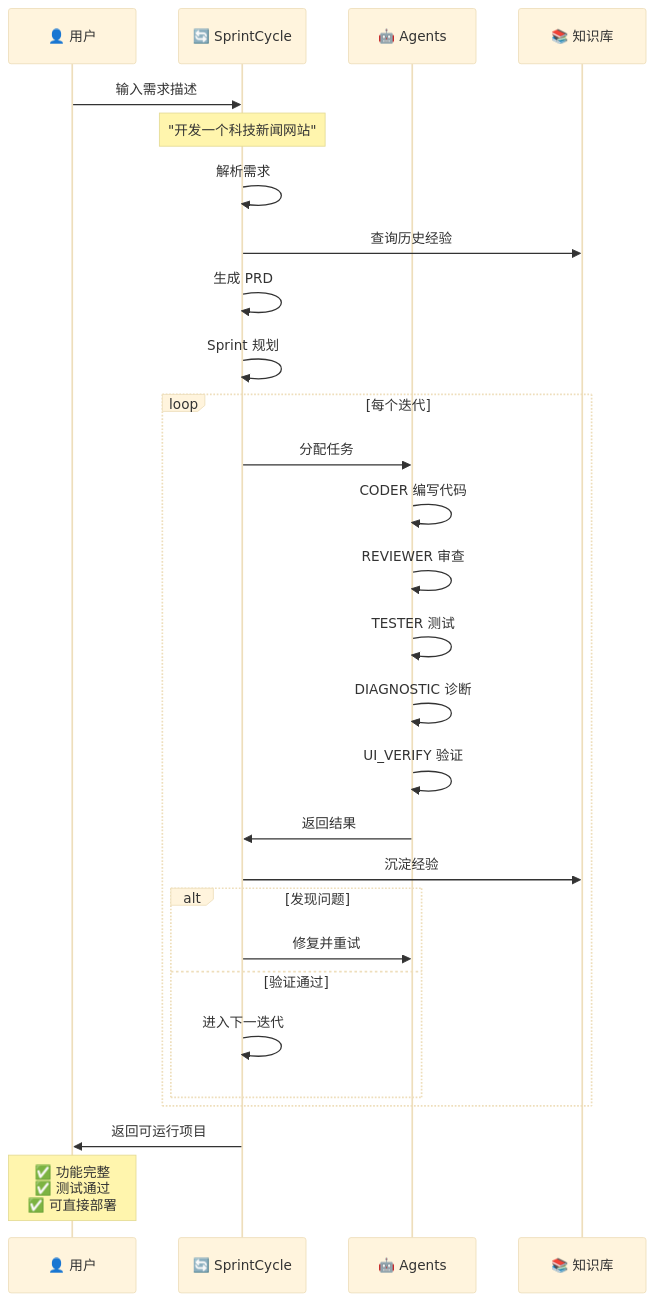
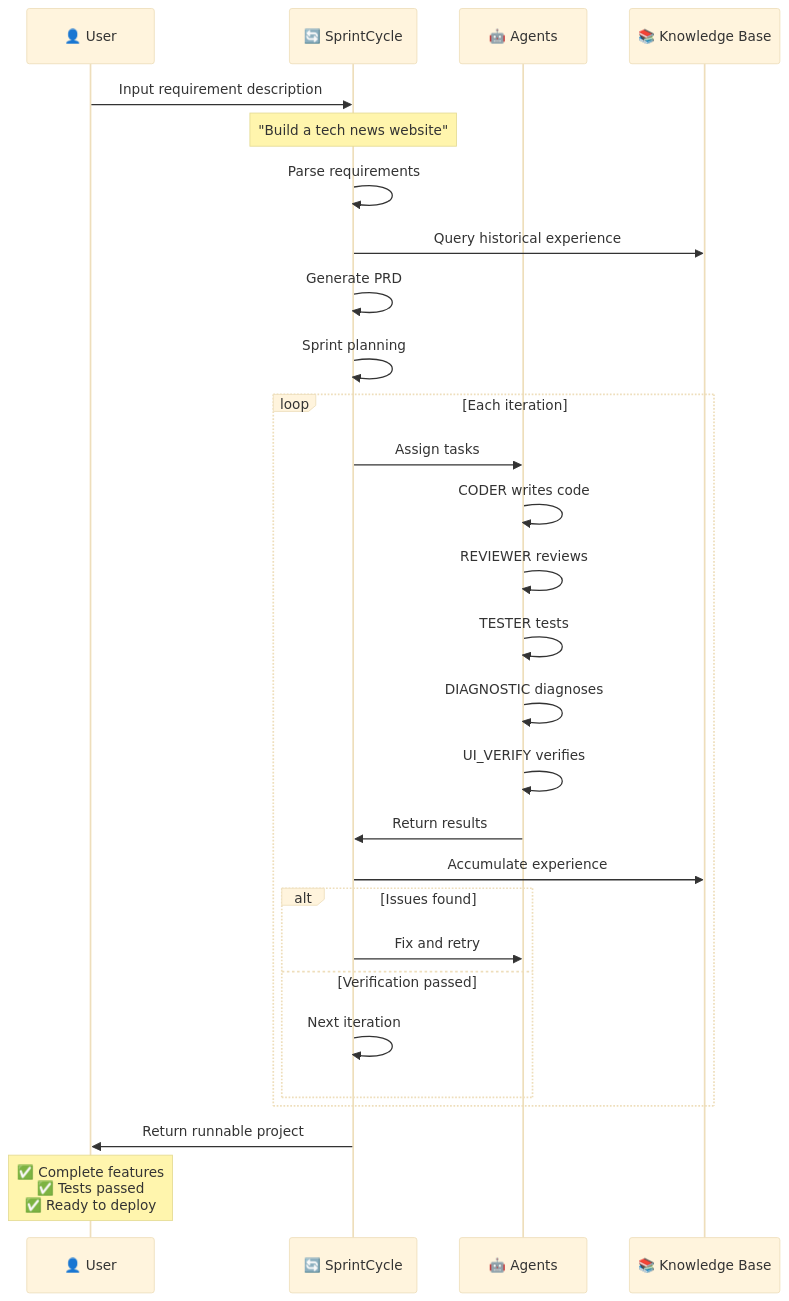
One commit to sprintcycle/sprintcycle changed the second of 2 diagrams in README.md. Above: the diagram before and after it, drawn with Mermaid (base theme). The commit also changed other lines of this file, not shown here.

````diff
--- a/README.md
+++ b/README.md
@@ -166,37 +166,37 @@
 ```mermaid
 sequenceDiagram
-    participant U as 👤 用户
+    participant U as 👤 User
     participant SC as 🔄 SprintCycle
     participant AG as 🤖 Agents
-    participant KB as 📚 知识库
+    participant KB as 📚 Knowledge Base
     
-    U->>SC: 输入需求描述
-    Note over SC: "开发一个科技新闻网站"
+    U->>SC: Input requirement description
+    Note over SC: "Build a tech news website"
     
-    SC->>SC: 解析需求
-    SC->>KB: 查询历史经验
+    SC->>SC: Parse requirements
+    SC->>KB: Query historical experience
     
-    SC->>SC: 生成 PRD
-    SC->>SC: Sprint 规划
+    SC->>SC: Generate PRD
+    SC->>SC: Sprint planning
     
-    loop 每个迭代
-        SC->>AG: 分配任务
-        AG->>AG: CODER 编写代码
-        AG->>AG: REVIEWER 审查
-        AG->>AG: TESTER 测试
-        AG->>AG: DIAGNOSTIC 诊断
-        AG->>AG: UI_VERIFY 验证
+    loop Each iteration
+        SC->>AG: Assign tasks
+        AG->>AG: CODER writes code
+        AG->>AG: REVIEWER reviews
+        AG->>AG: TESTER tests
+        AG->>AG: DIAGNOSTIC diagnoses
+        AG->>AG: UI_VERIFY verifies
         
-        AG->>SC: 返回结果
-        SC->>KB: 沉淀经验
+        AG->>SC: Return results
+        SC->>KB: Accumulate experience
         
-        alt 发现问题
-            SC->>AG: 修复并重试
-        else 验证通过
-            SC->>SC: 进入下一迭代
+        alt Issues found
+            SC->>AG: Fix and retry
+        else Verification passed
+            SC->>SC: Next iteration
         end
     end
     
-    SC->>U: 返回可运行项目
-    Note over U: ✅ 功能完整<br/>✅ 测试通过<br/>✅ 可直接部署
+    SC->>U: Return runnable project
+    Note over U: ✅ Complete features<br/>✅ Tests passed<br/>✅ Ready to deploy
 ```
````
